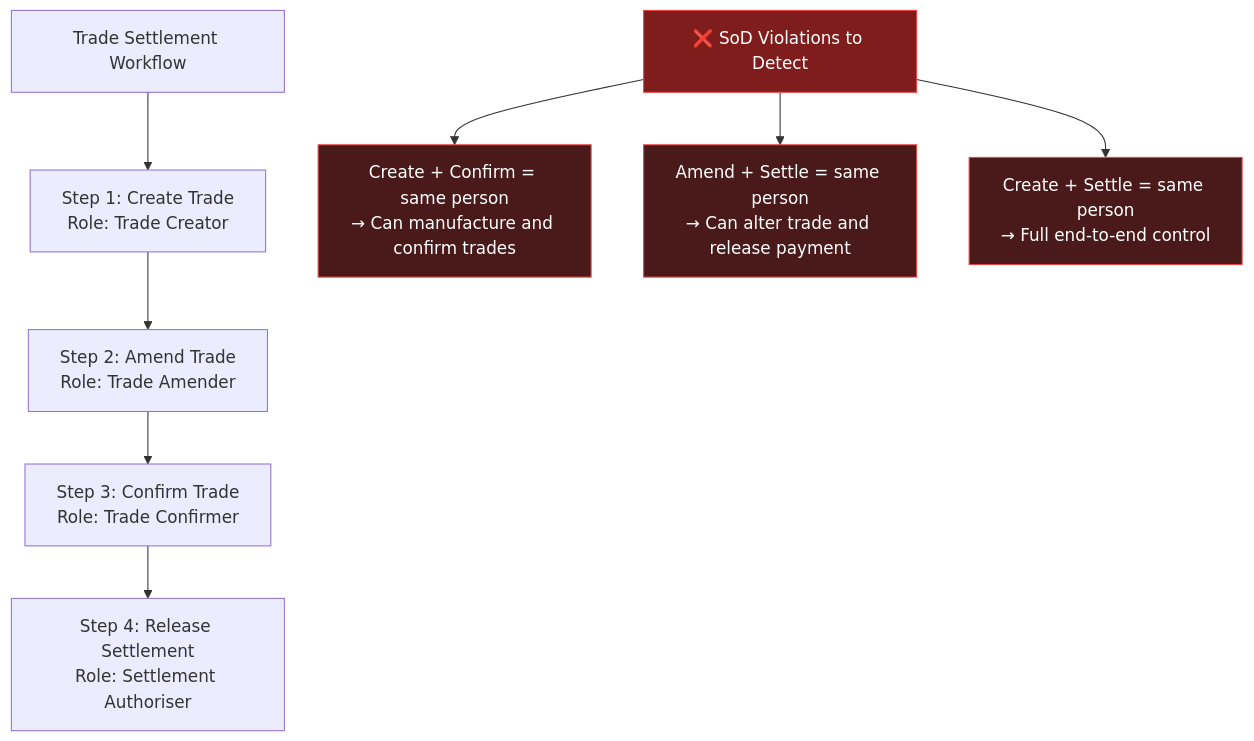
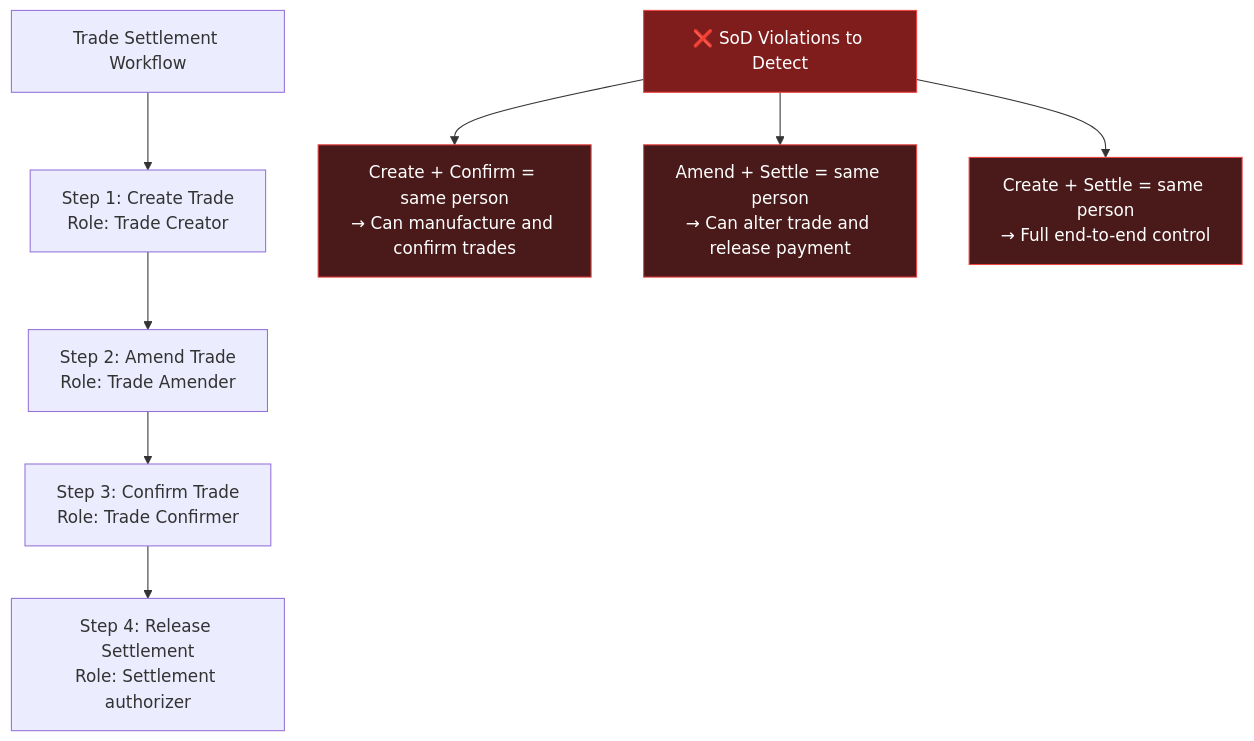
Before and after one commit to thinkIdentity/thinkIdentity.github.io: the tenth of 11 diagrams in _posts/2026/05/2026-05-17-iga-deep-dive-provisioning-role-engineering-sod.md, drawn with Mermaid. The commit also changed other lines of this file and 14 other files, not shown here.

````diff
--- a/_posts/2026/05/2026-05-17-iga-deep-dive-provisioning-role-engineering-sod.md
+++ b/_posts/2026/05/2026-05-17-iga-deep-dive-provisioning-role-engineering-sod.md
@@ -455,24 +455,24 @@
 ```mermaid
 flowchart TD
     Transaction["Trade Settlement Workflow"]
     Create["Step 1: Create Trade<br/>Role: Trade Creator"]
     Amend["Step 2: Amend Trade<br/>Role: Trade Amender"]
     Confirm["Step 3: Confirm Trade<br/>Role: Trade Confirmer"]
-    Settle["Step 4: Release Settlement<br/>Role: Settlement Authoriser"]
+    Settle["Step 4: Release Settlement<br/>Role: Settlement authorizer"]
 
     Transaction --> Create --> Amend --> Confirm --> Settle
 
     SoD["❌ SoD Violations to Detect"]
     V1["Create + Confirm = same person<br/>→ Can manufacture and confirm trades"]
     V2["Amend + Settle = same person<br/>→ Can alter trade and release payment"]
     V3["Create + Settle = same person<br/>→ Full end-to-end control"]
 
     SoD --> V1
     SoD --> V2
     SoD --> V3
 
     style SoD fill:#7f1d1d,stroke:#ef4444,color:#fff
     style V1 fill:#4a1a1a,stroke:#ef4444,color:#fff
     style V2 fill:#4a1a1a,stroke:#ef4444,color:#fff
     style V3 fill:#4a1a1a,stroke:#ef4444,color:#fff
 ```
````
